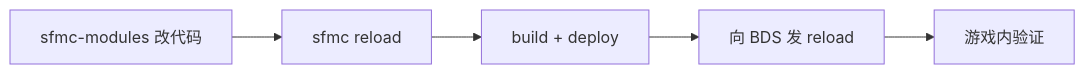
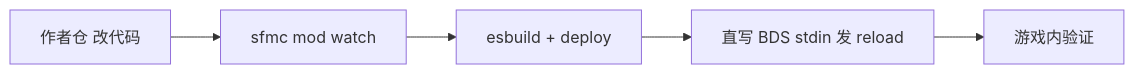
Before and after one commit to DogeLakeDev/ScriptsForMinecraftServer: the diagram in docs/dev/module-author.md, drawn with Mermaid. The commit also changed other lines of this file and 1 other file, not shown here.

````diff
--- a/docs/dev/module-author.md
+++ b/docs/dev/module-author.md
@@ -46,7 +47,7 @@
 ```mermaid
 flowchart LR
-  A[sfmc-modules 改代码] --> B[sfmc reload]
-  B --> C[build + deploy]
-  C --> D[向 BDS 发 reload]
+  A[作者仓 改代码] --> B[sfmc mod watch]
+  B --> C[esbuild + deploy]
+  C --> D[直写 BDS stdin 发 reload]
   D --> E[游戏内验证]
 ```
````
